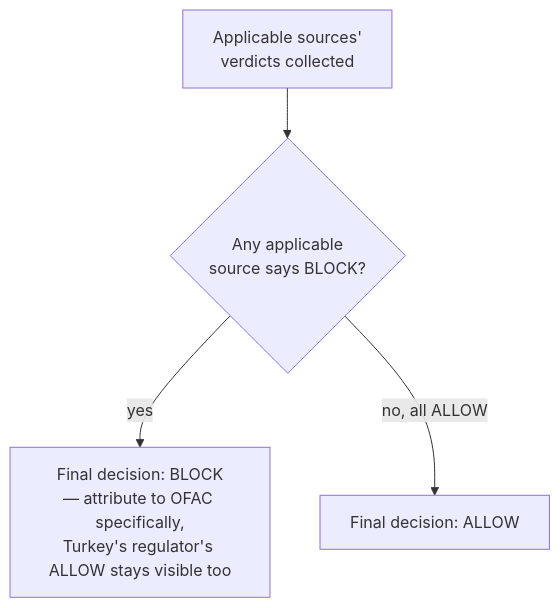
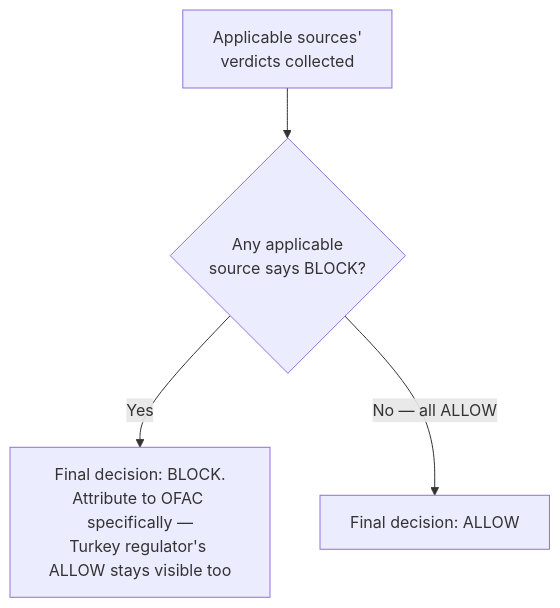
Before and after one commit to riyaz-pasha/Learnings: the ninth of 13 diagrams in system-design/HLD/0-course/51-Multi-Source-Sanctioned-Country-Payment-Blocking-FAANG-Guide-story.md, drawn with Mermaid. The commit also changed other lines of this file and 1 other file, not shown here.

Commit message:
[REWRITE] Multi-Source Sanctioned Country Payment Blocking story guide: simplify prose, add structure, fix diagrams

````diff
--- a/system-design/HLD/0-course/51-Multi-Source-Sanctioned-Country-Payment-Blocking-FAANG-Guide-story.md
+++ b/system-design/HLD/0-course/51-Multi-Source-Sanctioned-Country-Payment-Blocking-FAANG-Guide-story.md
@@ -358,6 +497,6 @@
 ```mermaid
 flowchart TD
-    A["Applicable sources'\nverdicts collected"] --> B{"Any applicable\nsource says BLOCK?"}
-    B -->|yes| C["Final decision: BLOCK\n— attribute to OFAC specifically,\nTurkey's regulator's ALLOW stays visible too"]
-    B -->|"no, all ALLOW"| D["Final decision: ALLOW"]
+    A["Applicable sources'<br/>verdicts collected"] --> B{"Any applicable<br/>source says BLOCK?"}
+    B -->|Yes| C["Final decision: BLOCK.<br/>Attribute to OFAC specifically —<br/>Turkey regulator's ALLOW stays visible too"]
+    B -->|"No — all ALLOW"| D["Final decision: ALLOW"]
 ```
````
